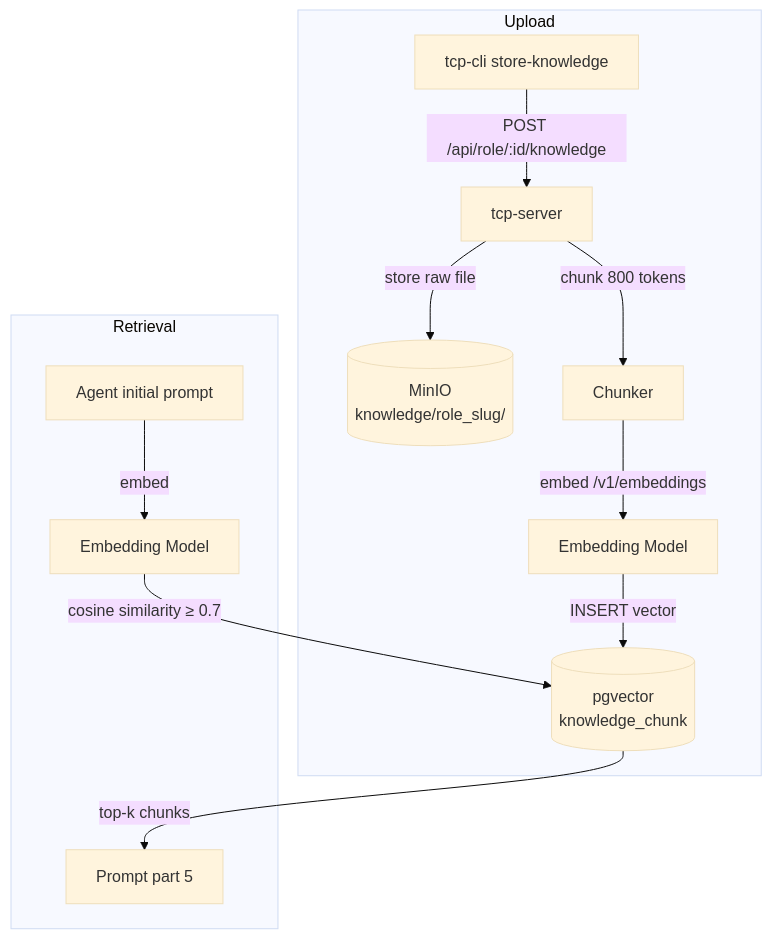
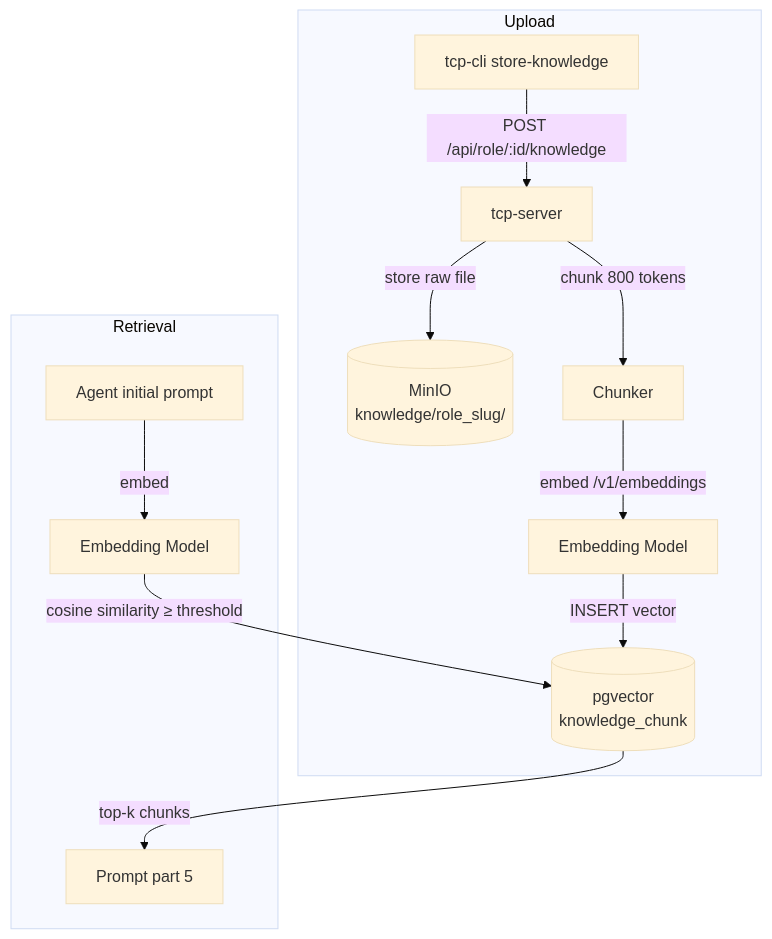
The fourth of 4 diagrams in README.md (instantiator/tcp-server), drawn with Mermaid (base theme) before and after one commit. The commit also changed other lines of this file and 38 other files, not shown here.

````diff
--- a/README.md
+++ b/README.md
@@ -249,15 +249,15 @@
 ```mermaid
 flowchart TD
   subgraph Upload
     CLI[tcp-cli store-knowledge] -->|POST /api/role/:id/knowledge| API[tcp-server]
     API -->|store raw file| MinIO2[(MinIO\nknowledge/role_slug/)]
     API -->|chunk 800 tokens| Chunker[Chunker]
     Chunker -->|embed /v1/embeddings| Embed[Embedding Model]
     Embed -->|INSERT vector| PG[(pgvector\nknowledge_chunk)]
   end
   subgraph Retrieval
     Query[Agent initial prompt] -->|embed| Embed2[Embedding Model]
-    Embed2 -->|cosine similarity ≥ 0.7| PG
+    Embed2 -->|cosine similarity ≥ threshold| PG
     PG -->|top-k chunks| Part5[Prompt part 5]
   end
 ```
````
